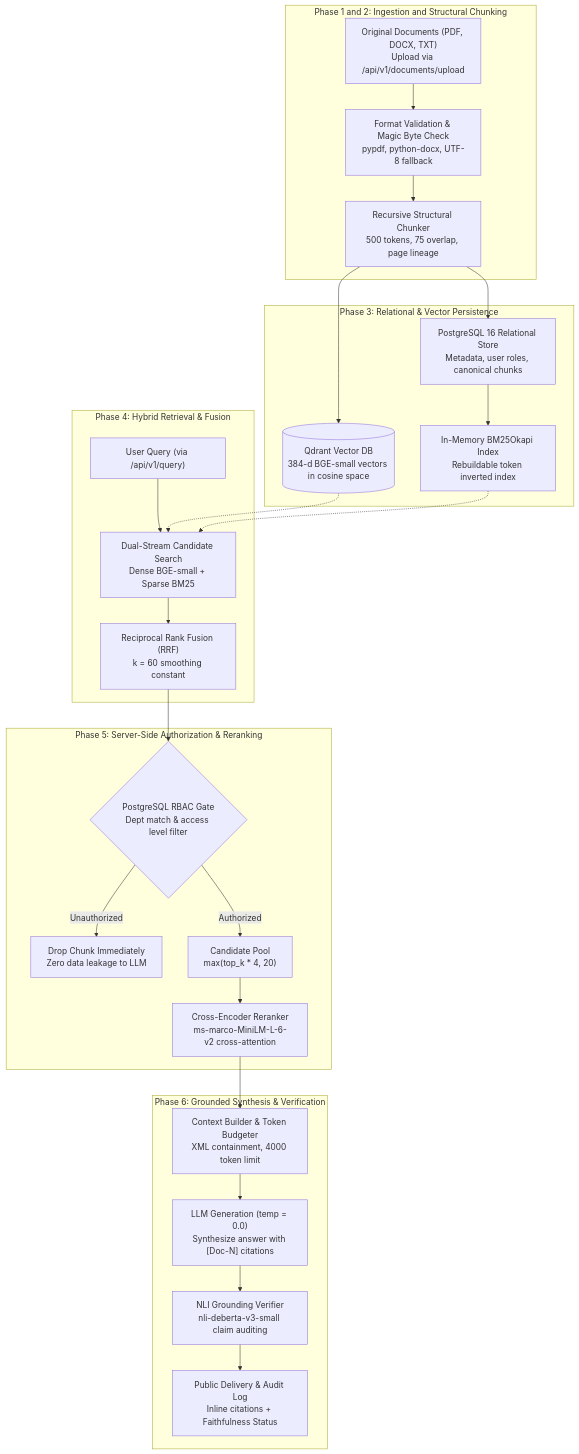
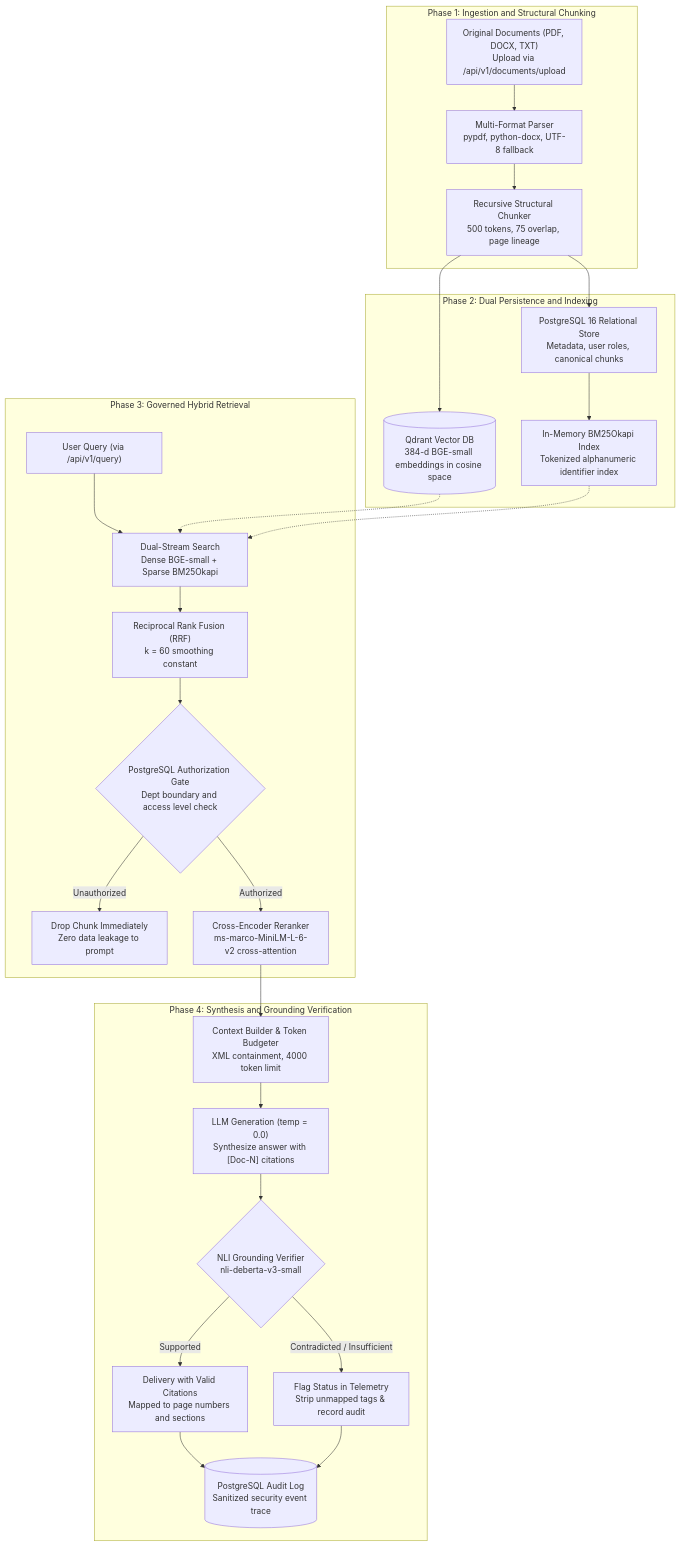
One commit to Jslxh/clario changed the diagram in README.md. Above: the diagram before and after it, drawn with Mermaid. The commit also changed other lines of this file, not shown here.

Commit message:
readme n prd md files updated

````diff
--- a/README.md
+++ b/README.md
@@ -19,35 +19,34 @@
 ```mermaid
 flowchart TD
-    subgraph INGESTION ["Phase 1 and 2: Ingestion and Structural Chunking"]
-        A["Original Documents (PDF, DOCX, TXT)<br/>Upload via /api/v1/documents/upload"] --> B["Format Validation & Magic Byte Check<br/>pypdf, python-docx, UTF-8 fallback"]
+    subgraph INGESTION ["Phase 1: Ingestion and Structural Chunking"]
+        A["Original Documents (PDF, DOCX, TXT)<br/>Upload via /api/v1/documents/upload"] --> B["Multi-Format Parser<br/>pypdf, python-docx, UTF-8 fallback"]
         B --> C["Recursive Structural Chunker<br/>500 tokens, 75 overlap, page lineage"]
     end
 
-    subgraph STORAGE ["Phase 3: Relational & Vector Persistence"]
+    subgraph INDEXING ["Phase 2: Dual Persistence and Indexing"]
         C --> D["PostgreSQL 16 Relational Store<br/>Metadata, user roles, canonical chunks"]
-        C --> E[("Qdrant Vector DB<br/>384-d BGE-small vectors in cosine space")]
-        D --> F["In-Memory BM25Okapi Index<br/>Rebuildable token inverted index"]
+        C --> E[("Qdrant Vector DB<br/>384-d BGE-small embeddings in cosine space")]
+        D --> F["In-Memory BM25Okapi Index<br/>Tokenized alphanumeric identifier index"]
     end
 
-    subgraph RETRIEVAL ["Phase 4: Hybrid Retrieval & Fusion"]
-        G["User Query (via /api/v1/query)"] --> H["Dual-Stream Candidate Search<br/>Dense BGE-small + Sparse BM25"]
+    subgraph RETRIEVAL ["Phase 3: Governed Hybrid Retrieval"]
+        G["User Query (via /api/v1/query)"] --> H["Dual-Stream Search<br/>Dense BGE-small + Sparse BM25Okapi"]
         H --> I["Reciprocal Rank Fusion (RRF)<br/>k = 60 smoothing constant"]
+        I --> J{"PostgreSQL Authorization Gate<br/>Dept boundary and access level check"}
+        J -- "Unauthorized" --> K["Drop Chunk Immediately<br/>Zero data leakage to prompt"]
+        J -- "Authorized" --> L["Cross-Encoder Reranker<br/>ms-marco-MiniLM-L-6-v2 cross-attention"]
     end
 
-    subgraph SECURITY ["Phase 5: Server-Side Authorization & Reranking"]
-        I --> J{"PostgreSQL RBAC Gate<br/>Dept match & access level filter"}
-        J -- "Unauthorized" --> K["Drop Chunk Immediately<br/>Zero data leakage to LLM"]
-        J -- "Authorized" --> L["Candidate Pool<br/>max(top_k * 4, 20)"]
-        L --> M["Cross-Encoder Reranker<br/>ms-marco-MiniLM-L-6-v2 cross-attention"]
-    end
-
-    subgraph GENERATION ["Phase 6: Grounded Synthesis & Verification"]
-        M --> N["Context Builder & Token Budgeter<br/>XML containment, 4000 token limit"]
-        N --> O["LLM Generation (temp = 0.0)<br/>Synthesize answer with [Doc-N] citations"]
-        O --> P["NLI Grounding Verifier<br/>nli-deberta-v3-small claim auditing"]
-        P --> Q["Public Delivery & Audit Log<br/>Inline citations + Faithfulness Status"]
+    subgraph GENERATION ["Phase 4: Synthesis and Grounding Verification"]
+        L --> M["Context Builder & Token Budgeter<br/>XML containment, 4000 token limit"]
+        M --> N["LLM Generation (temp = 0.0)<br/>Synthesize answer with [Doc-N] citations"]
+        N --> O{"NLI Grounding Verifier<br/>nli-deberta-v3-small"}
+        O -- "Supported" --> P["Delivery with Valid Citations<br/>Mapped to page numbers and sections"]
+        O -- "Contradicted / Insufficient" --> Q["Flag Status in Telemetry<br/>Strip unmapped tags & record audit"]
+        P --> R[("PostgreSQL Audit Log<br/>Sanitized security event trace")]
+        Q --> R
     end
 
     E -.-> H
     F -.-> H
 ```
````
